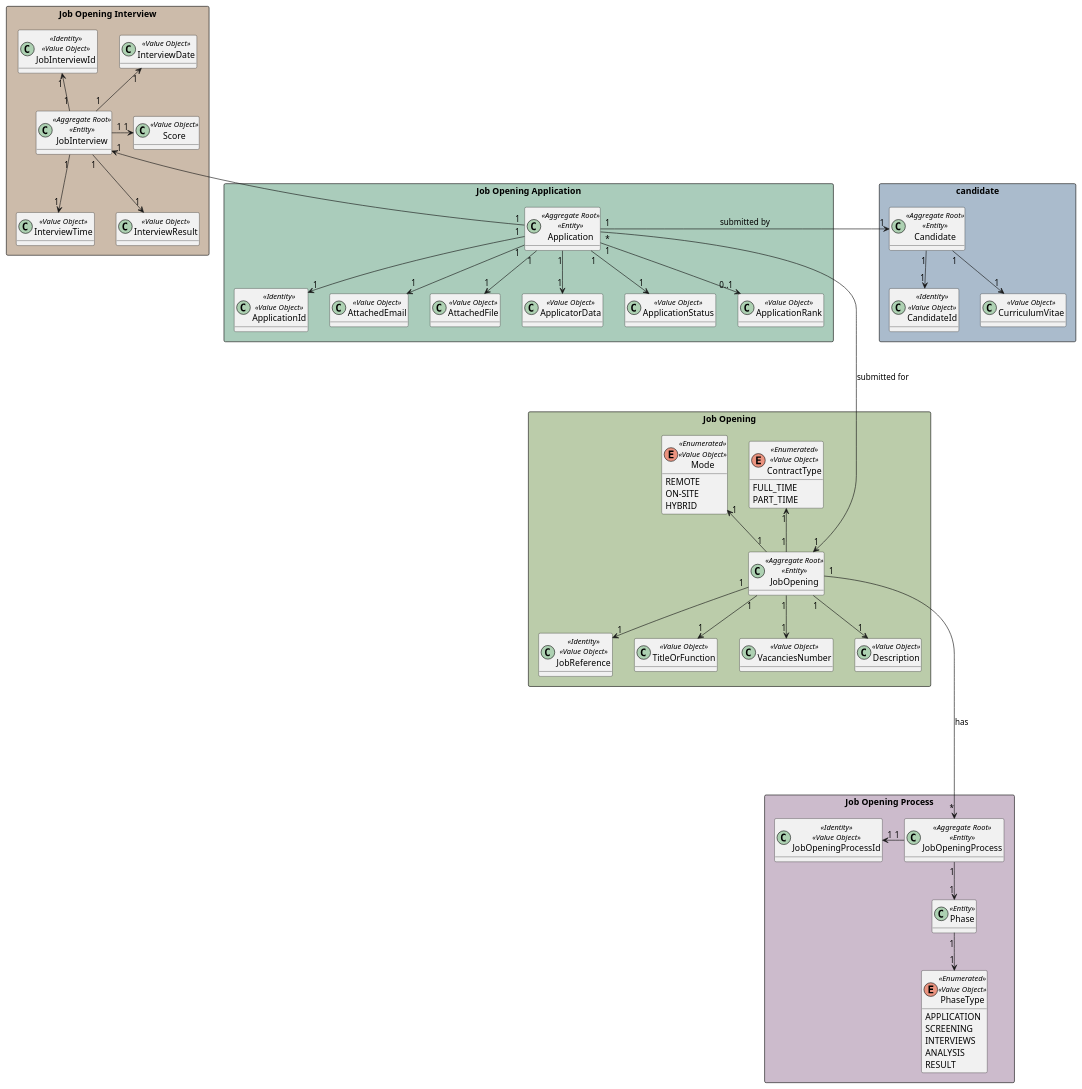
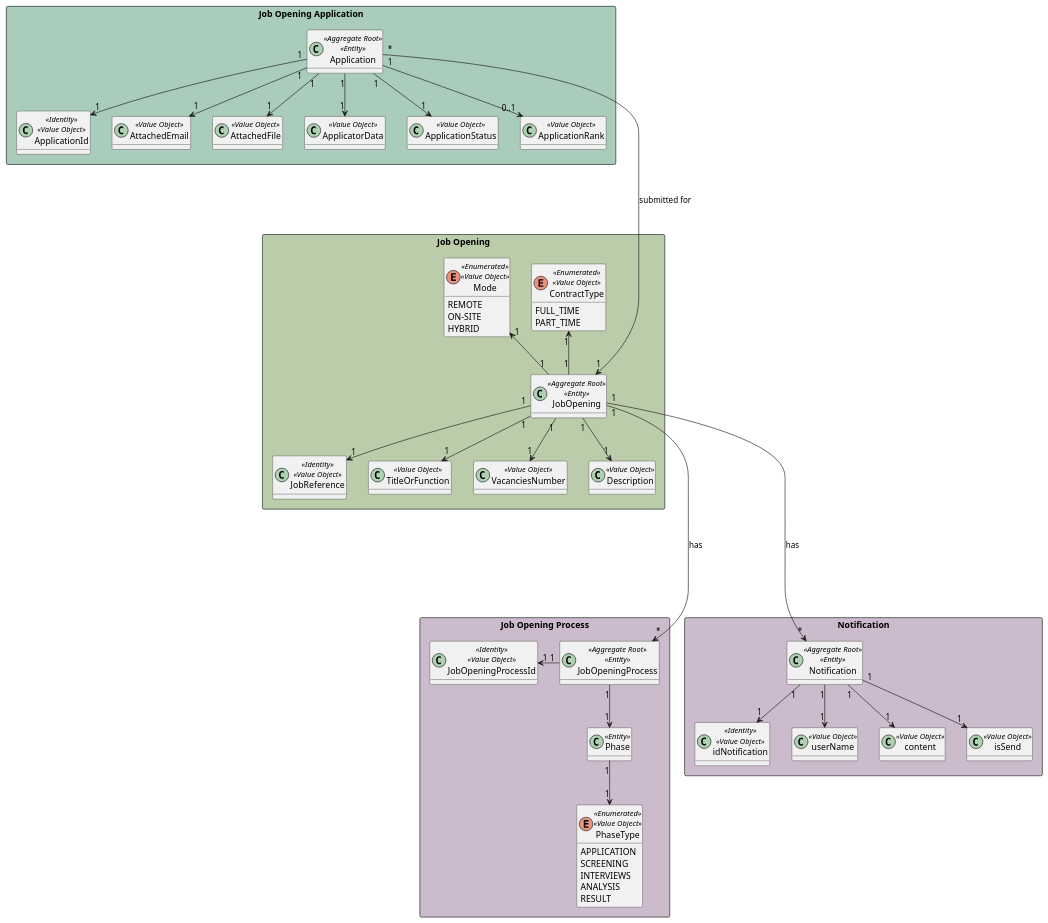
Before and after one commit to marcoferreira37/Lapr4: the diagram in docs/sprintC/3003/puml/3003-domain-model.puml, drawn with PlantUML. The commit also changed 2 other files, not shown here.

Commit message:
#52 [US3003] - Update of the files domain model and system sequence diagram

```diff
--- a/docs/sprintC/3003/puml/3003-domain-model.puml
+++ b/docs/sprintC/3003/puml/3003-domain-model.puml
@@ -1,123 +1,131 @@
 @startuml
 'https://plantuml.com/class-diagram
 
 hide methods
 
 rectangle "Job Opening" #bbccaa {
 
     class JobOpening<<Aggregate Root>><<Entity>>{}
 
     class JobReference<<Identity>><<Value Object>>{}
 
     class TitleOrFunction<<Value Object>>{}
 
     enum ContractType<<Enumerated>><<Value Object>>{
         FULL_TIME
         PART_TIME
     }
 
     enum Mode<<Enumerated>><<Value Object>>{
         REMOTE
         ON-SITE
         HYBRID
         }
 
 
     class VacanciesNumber<<Value Object>>{}
 
     class Description<<Value Object>>{}
 
 }
 
 
 rectangle "Job Opening Application" #aaccbb {
 
     class Application<<Aggregate Root>><<Entity>>{}
 
     class ApplicationId<<Identity>><<Value Object>>{}
 
     class AttachedEmail<<Value Object>>{}
 
     class AttachedFile<<Value Object>>{}
 
     class ApplicatorData<<Value Object>>{}
 
     class ApplicationStatus<<Value Object>>{}
 
     class ApplicationRank<<Value Object>>{}
 
 }
 
+rectangle " Notification " #ccbbcc {
 
-rectangle candidate #aabbcc{
-    class Candidate<<Aggregate Root>><<Entity>>{}
-    class CandidateId<<Identity>><<Value Object>>{}
-    class CurriculumVitae<<Value Object>>{}
+    class Notification<<Aggregate Root>><<Entity>>{}
+    class idNotification<<Identity>><<Value Object>>{}
+    class userName<<Value Object>>{}
+    class content<<Value Object>>{}
+    class isSend<<Value Object>>{}
+
 }
 
 
 
 rectangle "Job Opening Process" #ccbbcc{
     class JobOpeningProcess<<Aggregate Root>><<Entity>>{}
     class JobOpeningProcessId<<Identity>><<Value Object>>{}
 '    class JobOpeningProcessStatus<<Value Object>>{}
 '    class JobOpeningProcessStage<<Value Object>>{}
     class Phase<<Entity>>{
         }
     enum PhaseType<<Enumerated>><<Value Object>>{
         APPLICATION
         SCREENING
         INTERVIEWS
         ANALYSIS
         RESULT
     }
 }
+'
+'rectangle "Job Opening Interview" #ccbbaa {
+'    class JobInterview <<Aggregate Root>><<Entity>>{}
+'    class JobInterviewId<<Identity>><<Value Object>>{}
+'    class InterviewDate<<Value Object>>{}
+'    class InterviewTime<<Value Object>>{}
+'    class Score<<Value Object>>{}
+'    class InterviewResult<<Value Object>>{}
+'}
 
-rectangle "Job Opening Interview" #ccbbaa {
-    class JobInterview <<Aggregate Root>><<Entity>>{}
-    class JobInterviewId<<Identity>><<Value Object>>{}
-    class InterviewDate<<Value Object>>{}
-    class InterviewTime<<Value Object>>{}
-    class Score<<Value Object>>{}
-    class InterviewResult<<Value Object>>{}
-}
-
-
-JobInterview "1" -up-> "1" JobInterviewId
-JobInterview "1" -up-> "1" InterviewDate
-JobInterview "1" --> "1" InterviewTime
-JobInterview "1" -> "1" Score
-JobInterview "1" --> "1" InterviewResult
-
-Application "1" -up-> "1" JobInterview
+'
+'JobInterview "1" -up-> "1" JobInterviewId
+'JobInterview "1" -up-> "1" InterviewDate
+'JobInterview "1" --> "1" InterviewTime
+'JobInterview "1" -> "1" Score
+'JobInterview "1" --> "1" InterviewResult
+'
+'Application "1" -up-> "1" JobInterview
 
 
 
 
 JobReference "1" <-up- "1" JobOpening
 TitleOrFunction "1" <-up- "1" JobOpening
 ContractType "1" <-- "1" JobOpening
 Mode "1" <-- "1" JobOpening
 Description "1" <-up- "1" JobOpening
 VacanciesNumber "1" <-up- "1" JobOpening
 
-Candidate "1"--> "1" CandidateId
-Candidate "1"--> "1" CurriculumVitae
 
 
 Application "1" --> "1" ApplicationId
 Application "1" --> "1" AttachedEmail
 Application "1" --> "1" AttachedFile
 Application "1" --> "1" ApplicatorData
 Application "*" -----> "1" JobOpening : submitted for
-Application "1" -> "1" Candidate : submitted by
 Application "1" --> "1" ApplicationStatus
 Application "1" --> "0..1" ApplicationRank
 
 
 JobOpeningProcess "1" -left-> "1" JobOpeningProcessId
 JobOpening "1" -----> "*" JobOpeningProcess : has
 JobOpeningProcess "1" --> "1" Phase
 Phase "1" --> "1" PhaseType
 
+Notification "1" --> "1" idNotification
+Notification "1" --> "1" userName
+Notification "1" --> "1" content
+Notification "1" --> "1" isSend
+
+JobOpening "1" -----> "*" Notification : has
+
+
 @enduml
```
